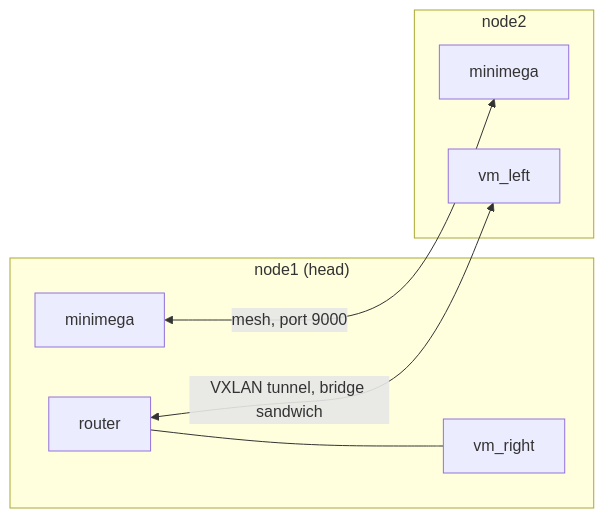
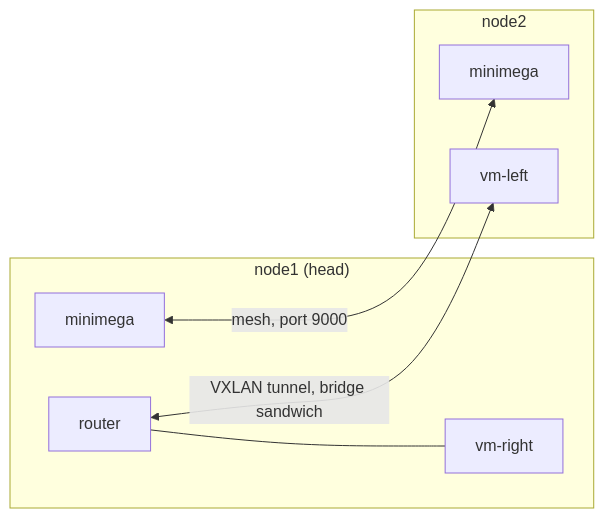
The diagram in doc/content/training/miniclass/20-clusters.md (sandia-minimega/minimega), drawn with Mermaid before and after one commit. The commit also changed other lines of this file and 40 other files, not shown here.

````diff
--- a/doc/content/training/miniclass/20-clusters.md
+++ b/doc/content/training/miniclass/20-clusters.md
@@ -24,15 +24,15 @@
 ```mermaid
 flowchart LR
     subgraph n1["node1 (head)"]
         mm1["minimega"]
         router["router"]
-        vm_right["vm_right"]
+        vm-right["vm-right"]
     end
     subgraph n2["node2"]
         mm2["minimega"]
-        vm_left["vm_left"]
+        vm-left["vm-left"]
     end
     mm1 <-- "mesh, port 9000" --> mm2
-    router <-- "VXLAN tunnel, bridge sandwich" --> vm_left
-    router --- vm_right
+    router <-- "VXLAN tunnel, bridge sandwich" --> vm-left
+    router --- vm-right
 ```
````
